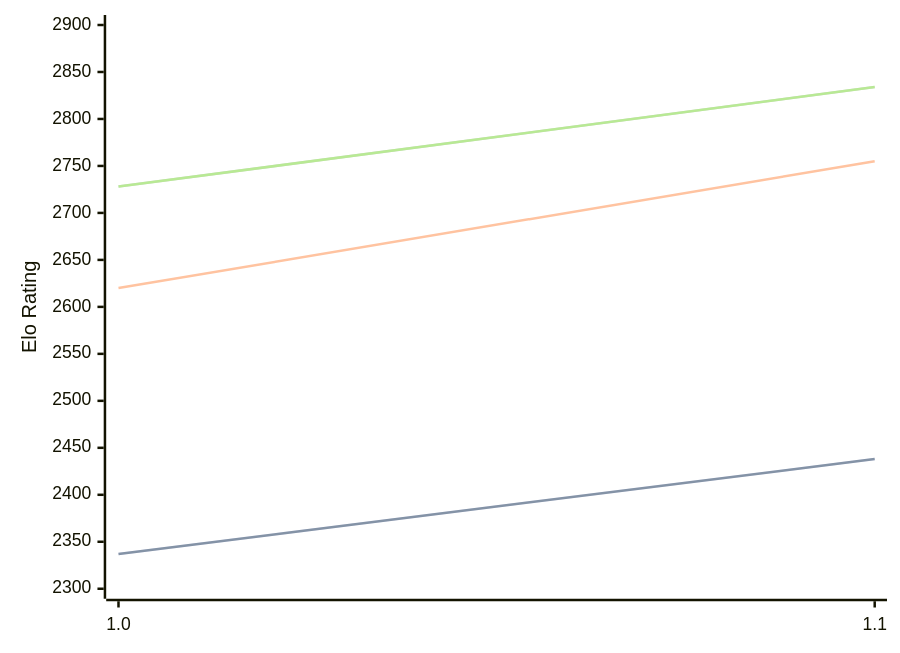
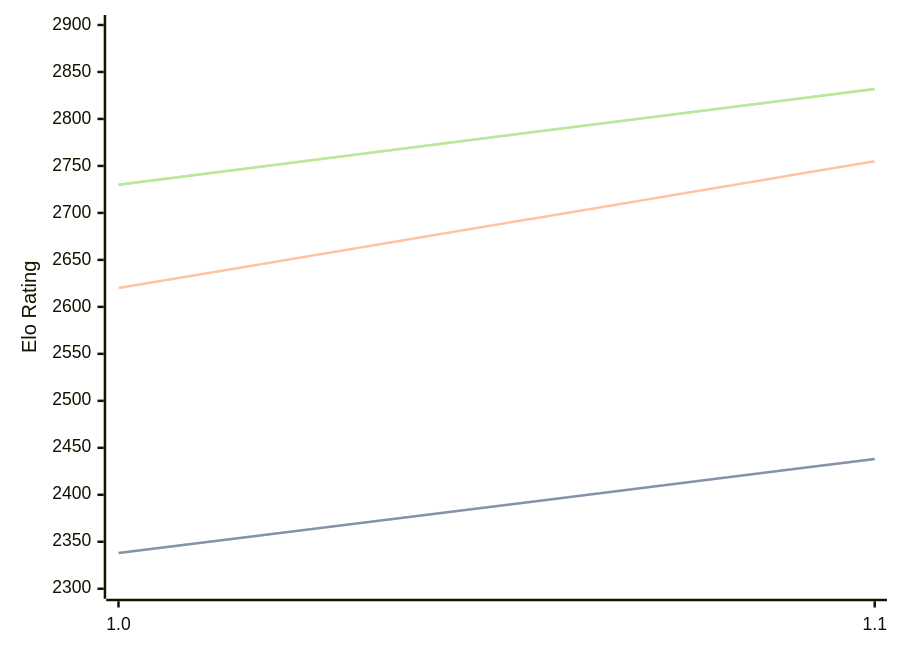
One commit to computer-chess-index/cci changed the diagram in engines/Casanchess.md. Above: the diagram before and after it, drawn with Mermaid. The commit also changed other lines of this file, not shown here.

Commit message:
Update CCI Ratings (ELO VLTC) - 2026-08-20

````diff
--- a/engines/Casanchess.md
+++ b/engines/Casanchess.md
@@ -32,11 +32,11 @@
 ```mermaid
 %%{init: {"theme":"base","themeVariables":{"seriesColors:['#a3a3a3','#222221','#faa371']}}}%%
 xychart-beta
   x-axis ["1.0", "1.1"]
   y-axis "Elo Rating" 2300 --> 2900
-  line "STC (8.0+0.08s)" [2337, 2438]
-  line "STC (8.0+0.08s)" [2337, 2438]
+  line "STC (8.0+0.08s)" [2338, 2438]
+  line "STC (8.0+0.08s)" [2338, 2438]
   line "LTC (60.0+0.60s)" [2620, 2755]
-  line "VLTC (2m24s+1.12s)" [2728, 2834]
-  line "VLTC (2m24s+1.12s)" [2728, 2834]
+  line "VLTC (2m24s+1.12s)" [2730, 2832]
+  line "VLTC (2m24s+1.12s)" [2730, 2832]
 ```
````
